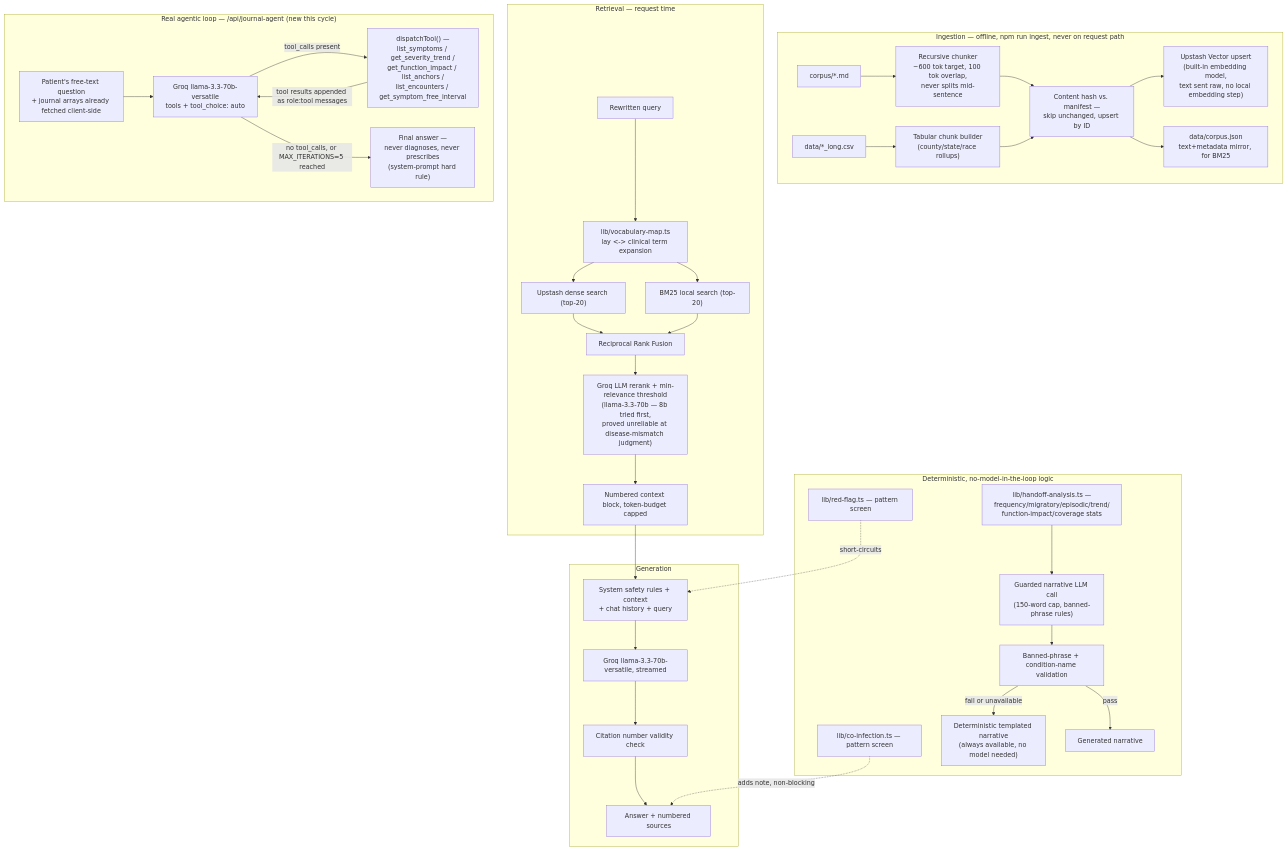
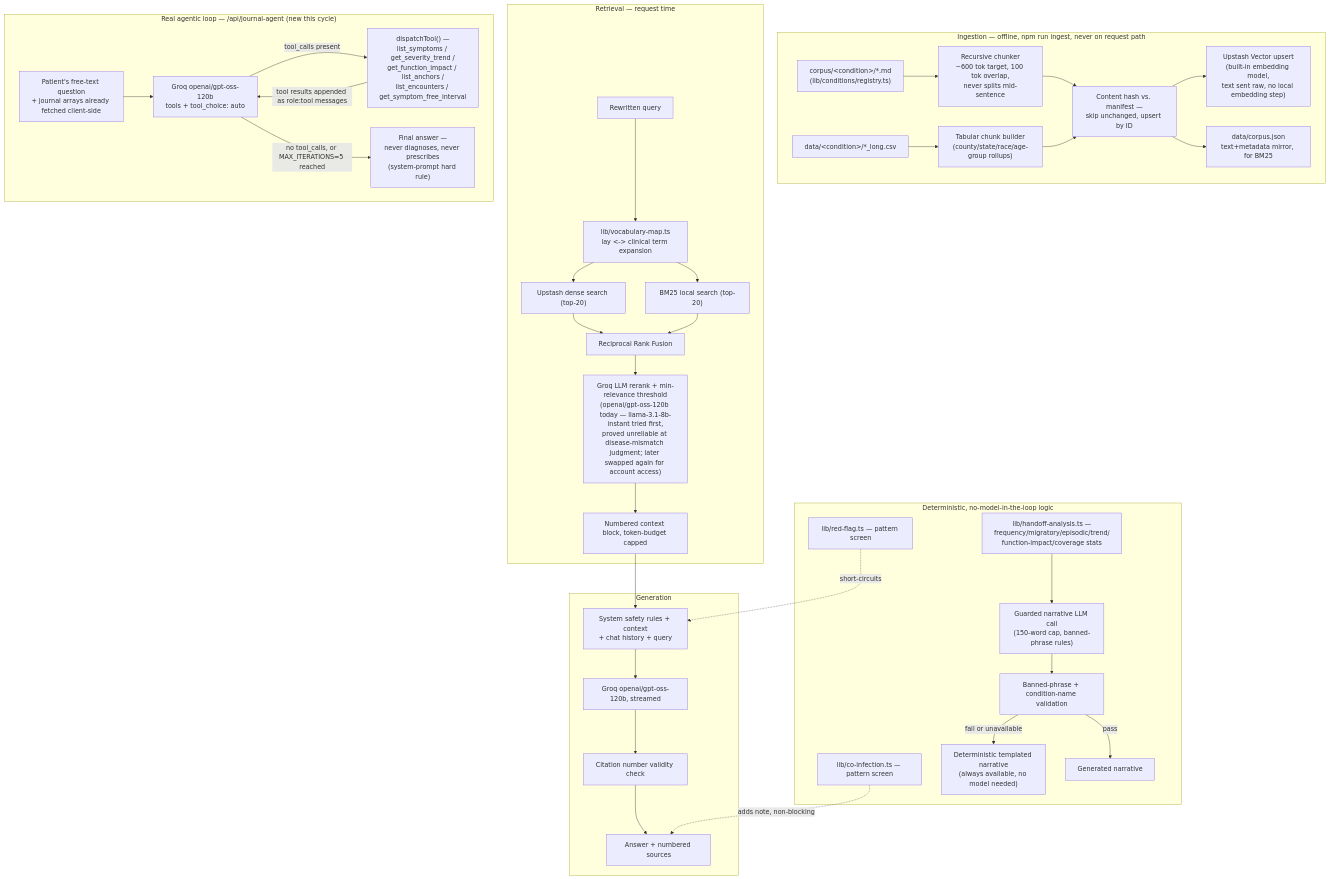
The fourth of 6 diagrams in design.md (Raj102002/AIHealthcare), drawn with Mermaid before and after one commit. The commit also changed other lines of this file and 46 other files, not shown here.

````diff
--- a/design.md
+++ b/design.md
@@ -179,44 +179,44 @@
 ```mermaid
 graph TB
     subgraph Ingestion["Ingestion — offline, npm run ingest, never on request path"]
-        MD["corpus/*.md"] --> Chunker["Recursive chunker<br/>~600 tok target, 100 tok overlap,<br/>never splits mid-sentence"]
-        CSV["data/*_long.csv"] --> TabChunker["Tabular chunk builder<br/>(county/state/race rollups)"]
+        MD["corpus/&lt;condition&gt;/*.md<br/>(lib/conditions/registry.ts)"] --> Chunker["Recursive chunker<br/>~600 tok target, 100 tok overlap,<br/>never splits mid-sentence"]
+        CSV["data/&lt;condition&gt;/*_long.csv"] --> TabChunker["Tabular chunk builder<br/>(county/state/race/age-group rollups)"]
         Chunker --> Hash["Content hash vs. manifest —<br/>skip unchanged, upsert by ID"]
         TabChunker --> Hash
         Hash --> UpstashUpsert["Upstash Vector upsert<br/>(built-in embedding model,<br/>text sent raw, no local embedding step)"]
         Hash --> CorpusOut["data/corpus.json<br/>text+metadata mirror, for BM25"]
     end
 
     subgraph Retrieval["Retrieval — request time"]
         Query["Rewritten query"] --> VocabExpand["lib/vocabulary-map.ts<br/>lay <-> clinical term expansion"]
         VocabExpand --> Dense["Upstash dense search (top-20)"]
         VocabExpand --> Sparse["BM25 local search (top-20)"]
         Dense --> RRF["Reciprocal Rank Fusion"]
         Sparse --> RRF
-        RRF --> Rerank["Groq LLM rerank + min-relevance threshold<br/>(llama-3.3-70b — 8b tried first,<br/>proved unreliable at disease-mismatch judgment)"]
+        RRF --> Rerank["Groq LLM rerank + min-relevance threshold<br/>(openai/gpt-oss-120b today — llama-3.1-8b-instant tried first,<br/>proved unreliable at disease-mismatch judgment; later swapped again for account access)"]
         Rerank --> Context["Numbered context block, token-budget capped"]
     end
 
     subgraph Generation
         Context --> Prompt["System safety rules + context<br/>+ chat history + query"]
-        Prompt --> LLM["Groq llama-3.3-70b-versatile, streamed"]
+        Prompt --> LLM["Groq openai/gpt-oss-120b, streamed"]
         LLM --> CiteCheck["Citation number validity check"]
         CiteCheck --> Output["Answer + numbered sources"]
     end
 
     subgraph Deterministic["Deterministic, no-model-in-the-loop logic"]
         RedFlag["lib/red-flag.ts — pattern screen"] -.short-circuits.-> Prompt
         CoInfection["lib/co-infection.ts — pattern screen"] -.adds note, non-blocking.-> Output
         JournalStats["lib/handoff-analysis.ts —<br/>frequency/migratory/episodic/trend/<br/>function-impact/coverage stats"] --> HandoffLLM["Guarded narrative LLM call<br/>(150-word cap, banned-phrase rules)"]
         HandoffLLM --> HandoffValidate["Banned-phrase + condition-name validation"]
         HandoffValidate -->|fail or unavailable| Template["Deterministic templated narrative<br/>(always available, no model needed)"]
         HandoffValidate -->|pass| HandoffOut["Generated narrative"]
     end
 
     subgraph Agent["Real agentic loop — /api/journal-agent (new this cycle)"]
-        Question["Patient's free-text question<br/>+ journal arrays already fetched client-side"] --> AgentLLM["Groq llama-3.3-70b-versatile<br/>tools + tool_choice: auto"]
+        Question["Patient's free-text question<br/>+ journal arrays already fetched client-side"] --> AgentLLM["Groq openai/gpt-oss-120b<br/>tools + tool_choice: auto"]
         AgentLLM -->|tool_calls present| Dispatch["dispatchTool() —<br/>list_symptoms / get_severity_trend /<br/>get_function_impact / list_anchors /<br/>list_encounters / get_symptom_free_interval"]
         Dispatch -->|tool results appended as role:tool messages| AgentLLM
         AgentLLM -->|no tool_calls, or MAX_ITERATIONS=5 reached| AgentOut["Final answer —<br/>never diagnoses, never prescribes<br/>(system-prompt hard rule)"]
     end
 ```
````
